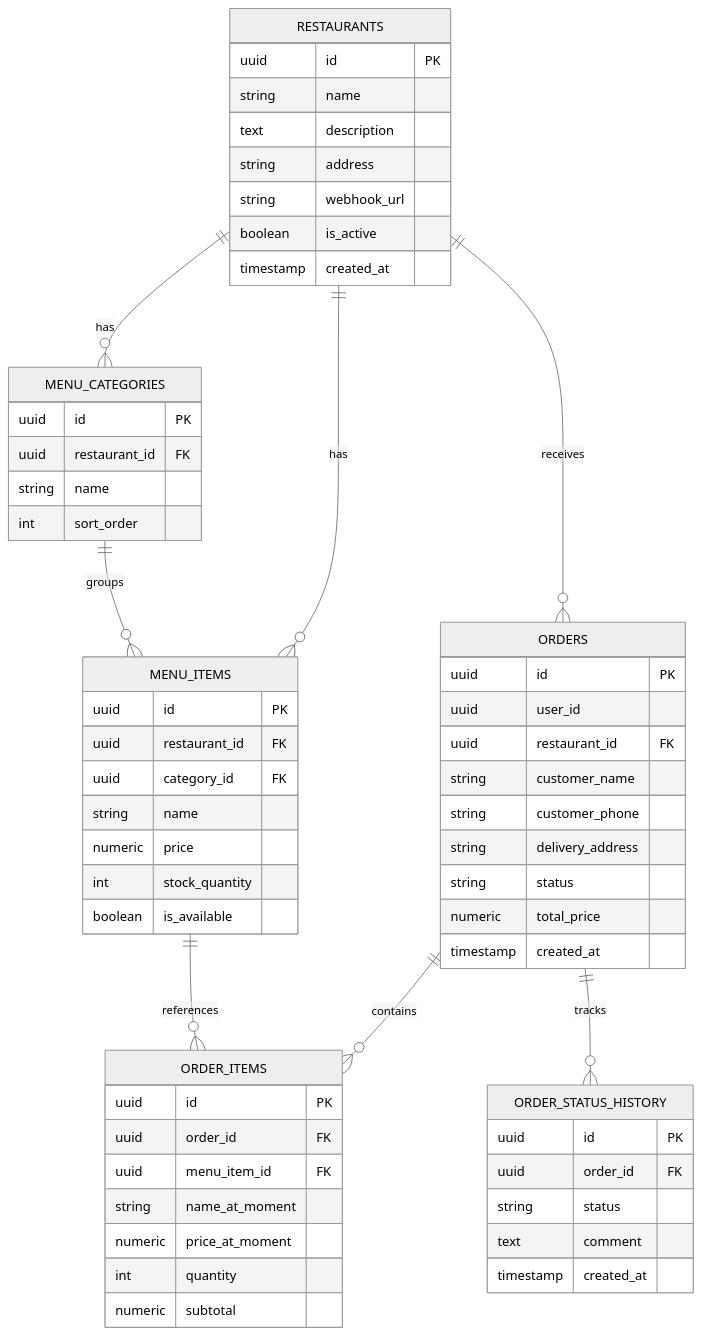
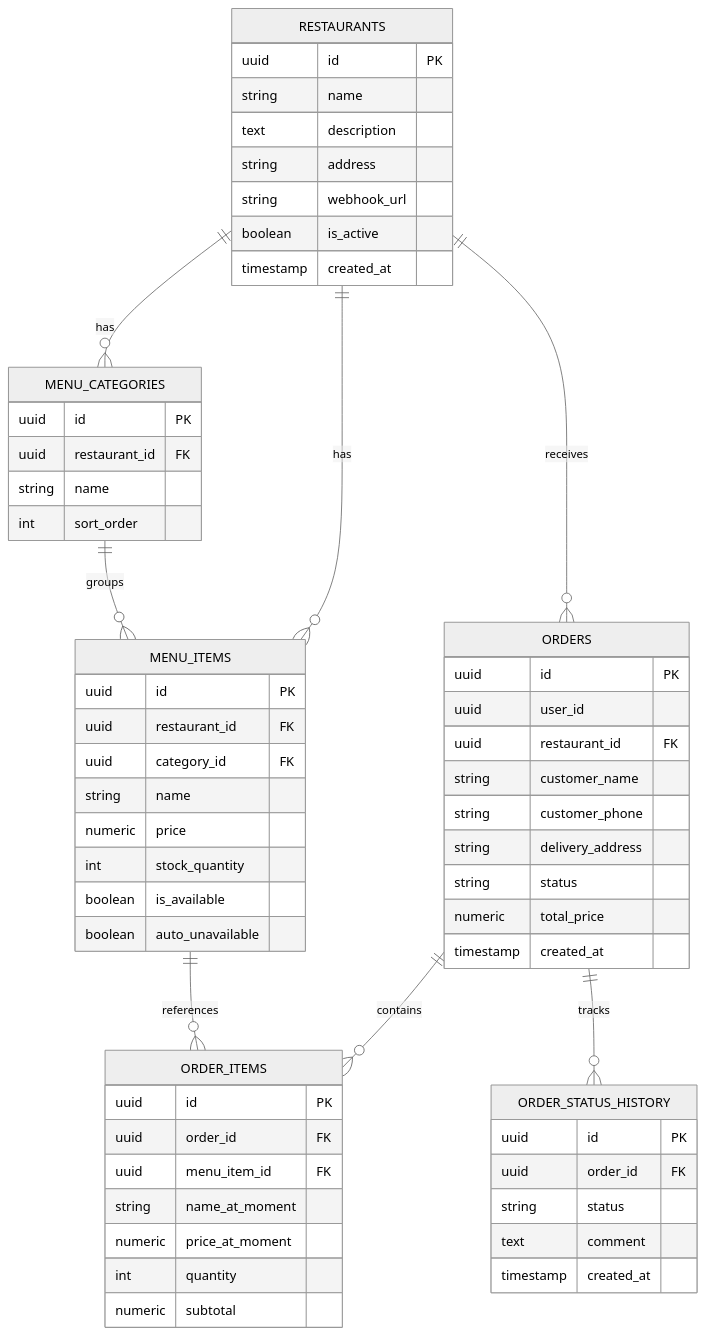
Before and after one commit to ydimkin/avito_task: the diagram in docs/erd/database_schema.mmd, drawn with Mermaid (neutral theme). The commit also changed 11 other files, not shown here.

```diff
--- a/docs/erd/database_schema.mmd
+++ b/docs/erd/database_schema.mmd
@@ -1,65 +1,66 @@
 erDiagram
     RESTAURANTS ||--o{ MENU_CATEGORIES : "has"
     RESTAURANTS ||--o{ MENU_ITEMS : "has"
     RESTAURANTS ||--o{ ORDERS : "receives"
     MENU_CATEGORIES ||--o{ MENU_ITEMS : "groups"
     ORDERS ||--o{ ORDER_ITEMS : "contains"
     ORDERS ||--o{ ORDER_STATUS_HISTORY : "tracks"
     MENU_ITEMS ||--o{ ORDER_ITEMS : "references"
 
     RESTAURANTS {
         uuid id PK
         string name
         text description
         string address
         string webhook_url
         boolean is_active
         timestamp created_at
     }
 
     MENU_CATEGORIES {
         uuid id PK
         uuid restaurant_id FK
         string name
         int sort_order
     }
 
     MENU_ITEMS {
         uuid id PK
         uuid restaurant_id FK
         uuid category_id FK
         string name
         numeric price
         int stock_quantity
         boolean is_available
+        boolean auto_unavailable
     }
 
     ORDERS {
         uuid id PK
         uuid user_id
         uuid restaurant_id FK
         string customer_name
         string customer_phone
         string delivery_address
         string status
         numeric total_price
         timestamp created_at
     }
 
     ORDER_ITEMS {
         uuid id PK
         uuid order_id FK
         uuid menu_item_id FK
         string name_at_moment
         numeric price_at_moment
         int quantity
         numeric subtotal
     }
 
     ORDER_STATUS_HISTORY {
         uuid id PK
         uuid order_id FK
         string status
         text comment
         timestamp created_at
     }
```
